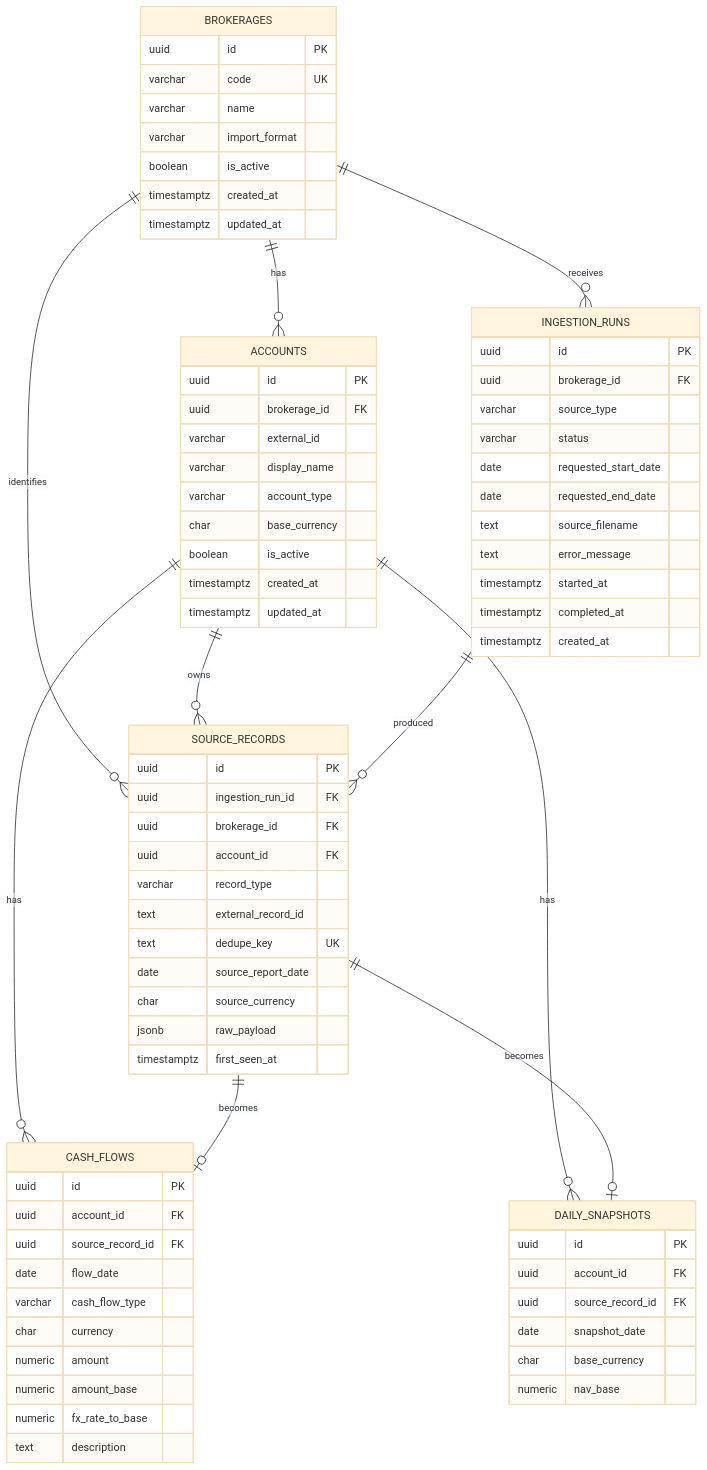
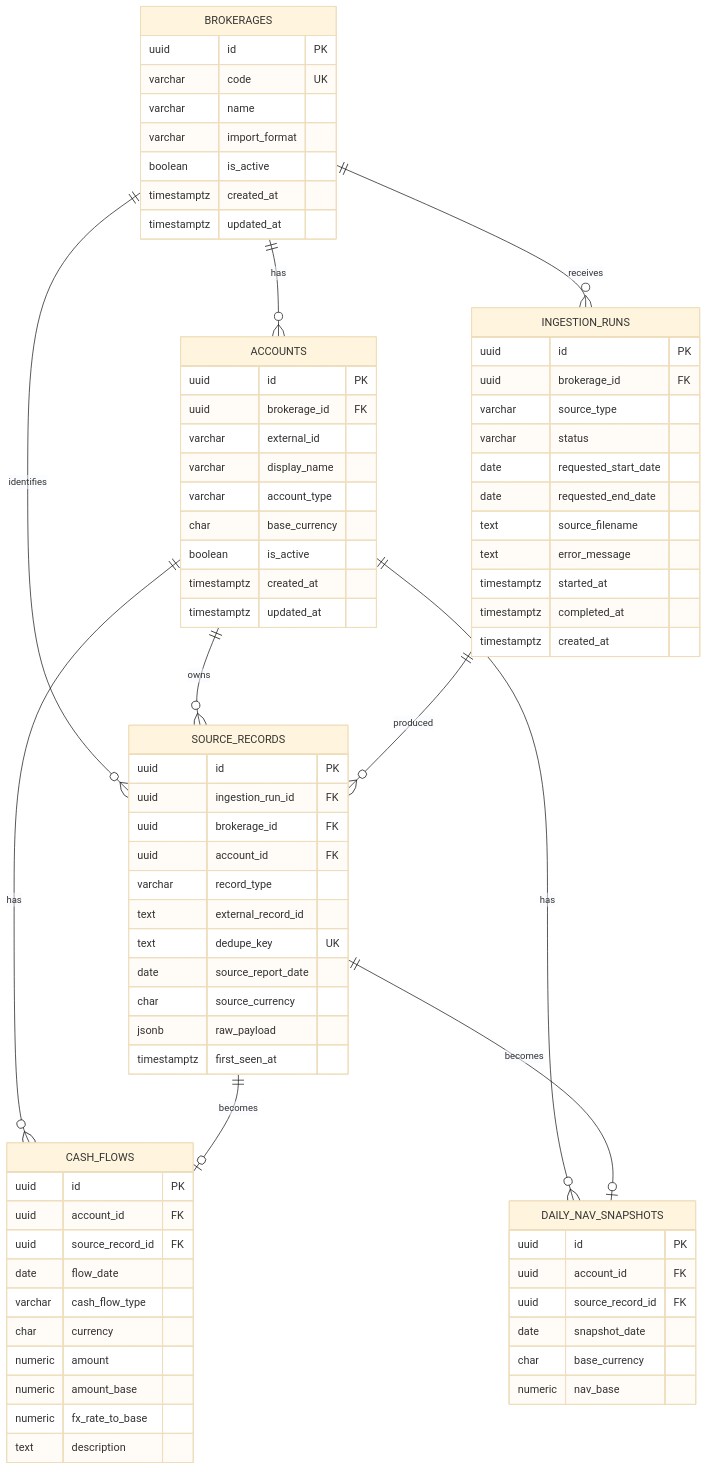
Before and after one commit to aninditkarmakar/superfolio: the second of 2 diagrams in docs/er-diagram.md, drawn with Mermaid (base theme). The commit also changed other lines of this file and 5 other files, not shown here.

Commit message:
Add MVP portfolio schema migration

````diff
--- a/docs/er-diagram.md
+++ b/docs/er-diagram.md
@@ -81,7 +81,7 @@
         text description
     }
 
-    DAILY_SNAPSHOTS {
+    DAILY_NAV_SNAPSHOTS {
         uuid id PK
         uuid account_id FK
         uuid source_record_id FK
@@ -95,8 +95,8 @@
     BROKERAGES ||--o{ SOURCE_RECORDS : identifies
     ACCOUNTS ||--o{ SOURCE_RECORDS : owns
     ACCOUNTS ||--o{ CASH_FLOWS : has
-    ACCOUNTS ||--o{ DAILY_SNAPSHOTS : has
+    ACCOUNTS ||--o{ DAILY_NAV_SNAPSHOTS : has
     INGESTION_RUNS ||--o{ SOURCE_RECORDS : produced
     SOURCE_RECORDS ||--o| CASH_FLOWS : becomes
-    SOURCE_RECORDS ||--o| DAILY_SNAPSHOTS : becomes
+    SOURCE_RECORDS ||--o| DAILY_NAV_SNAPSHOTS : becomes
 ```
````
